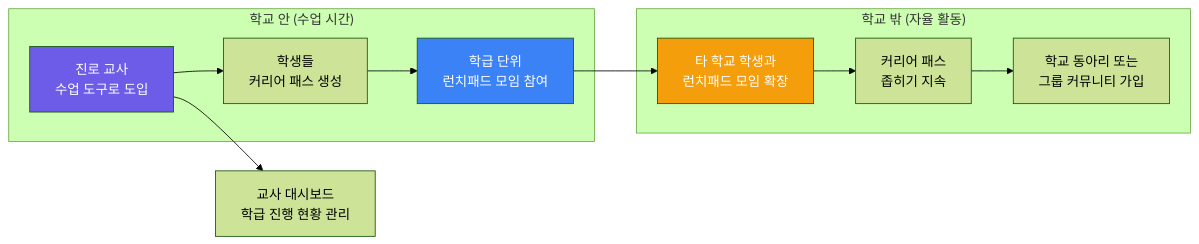
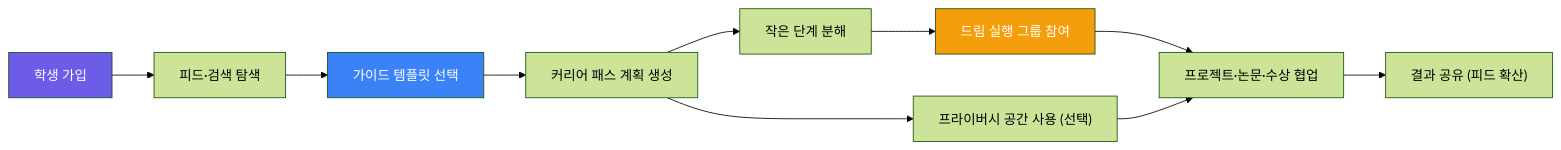
Before and after one commit to Collegenie-X/AI-career-path: the fourth of 6 diagrams in INVESTMENT_PROPOSAL.md, drawn with Mermaid (forest theme). The commit also changed other lines of this file and 3 other files, not shown here.

````diff
--- a/INVESTMENT_PROPOSAL.md
+++ b/INVESTMENT_PROPOSAL.md
@@ -281,17 +328,16 @@
 ```mermaid
 graph LR
-    subgraph "학교 안 (수업 시간)"
-        T["진로 교사<br/>수업 도구로 도입"] --> S1["학생들<br/>커리어 패스 생성"]
-        S1 --> S2["학급 단위<br/>런치패드 모임 참여"]
-    end
-    subgraph "학교 밖 (자율 활동)"
-        S2 --> S3["타 학교 학생과<br/>런치패드 모임 확장"]
-        S3 --> S4["커리어 패스<br/>좁히기 지속"]
-        S4 --> S5["학교 동아리 또는<br/>그룹 커뮤니티 가입"]
-    end
-    T --> DASH["교사 대시보드<br/>학급 진행 현황 관리"]
+    A["학생 가입"] --> B["피드·검색 탐색"]
+    B --> C["가이드 템플릿 선택"]
+    C --> D["커리어 패스 계획 생성"]
+    D --> E["작은 단계 분해"]
+    E --> F["드림 실행 그룹 참여"]
+    F --> G["프로젝트·논문·수상 협업"]
+    G --> H["결과 공유 (피드 확산)"]
+    D --> I["프라이버시 공간 사용 (선택)"]
+    I --> G
 
-    style T fill:#6C5CE7,color:#fff
-    style S2 fill:#3B82F6,color:#fff
-    style S3 fill:#F59E0B,color:#fff
+    style A fill:#6C5CE7,color:#fff
+    style C fill:#3B82F6,color:#fff
+    style F fill:#F59E0B,color:#fff
 ```
````
